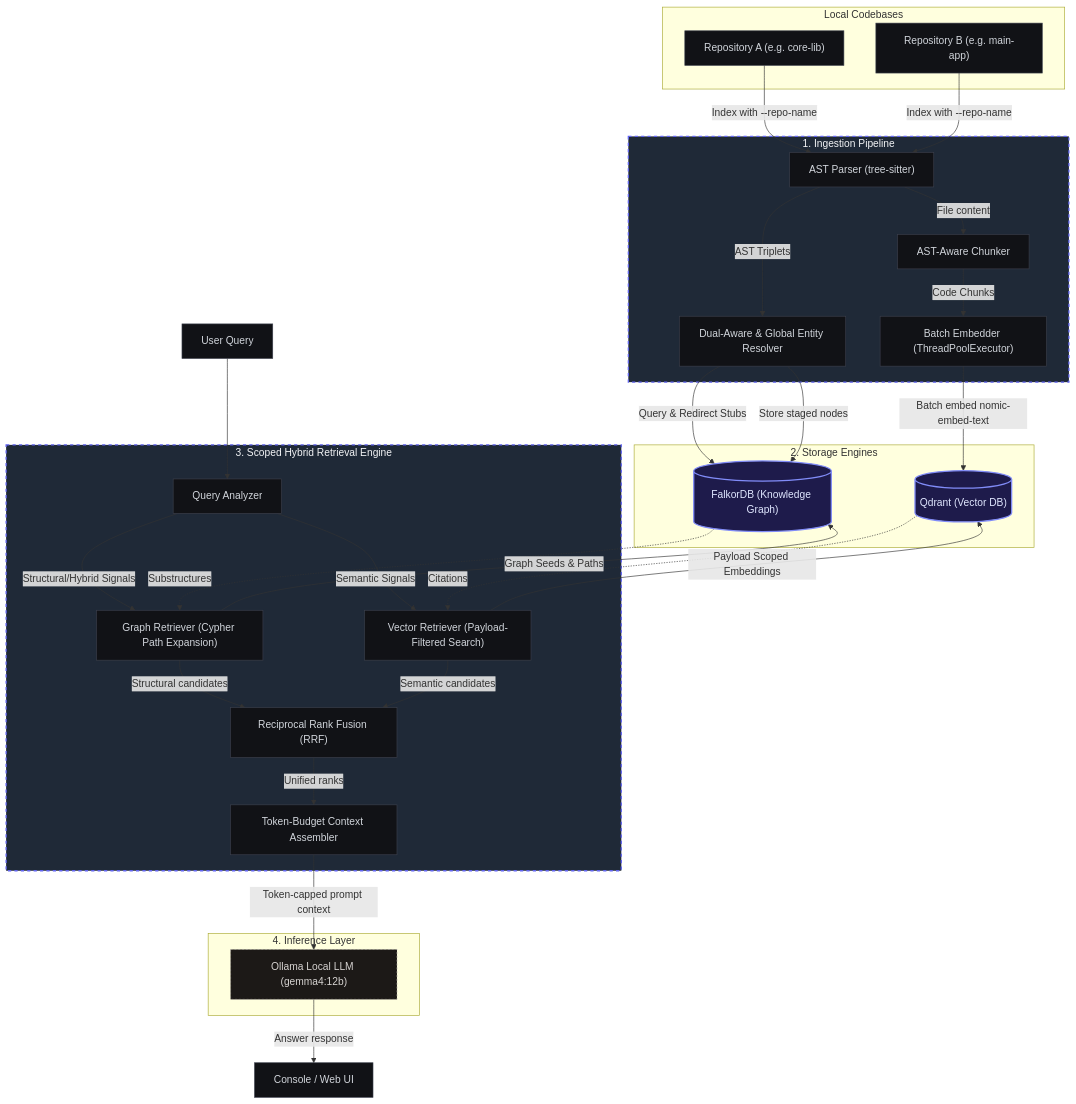
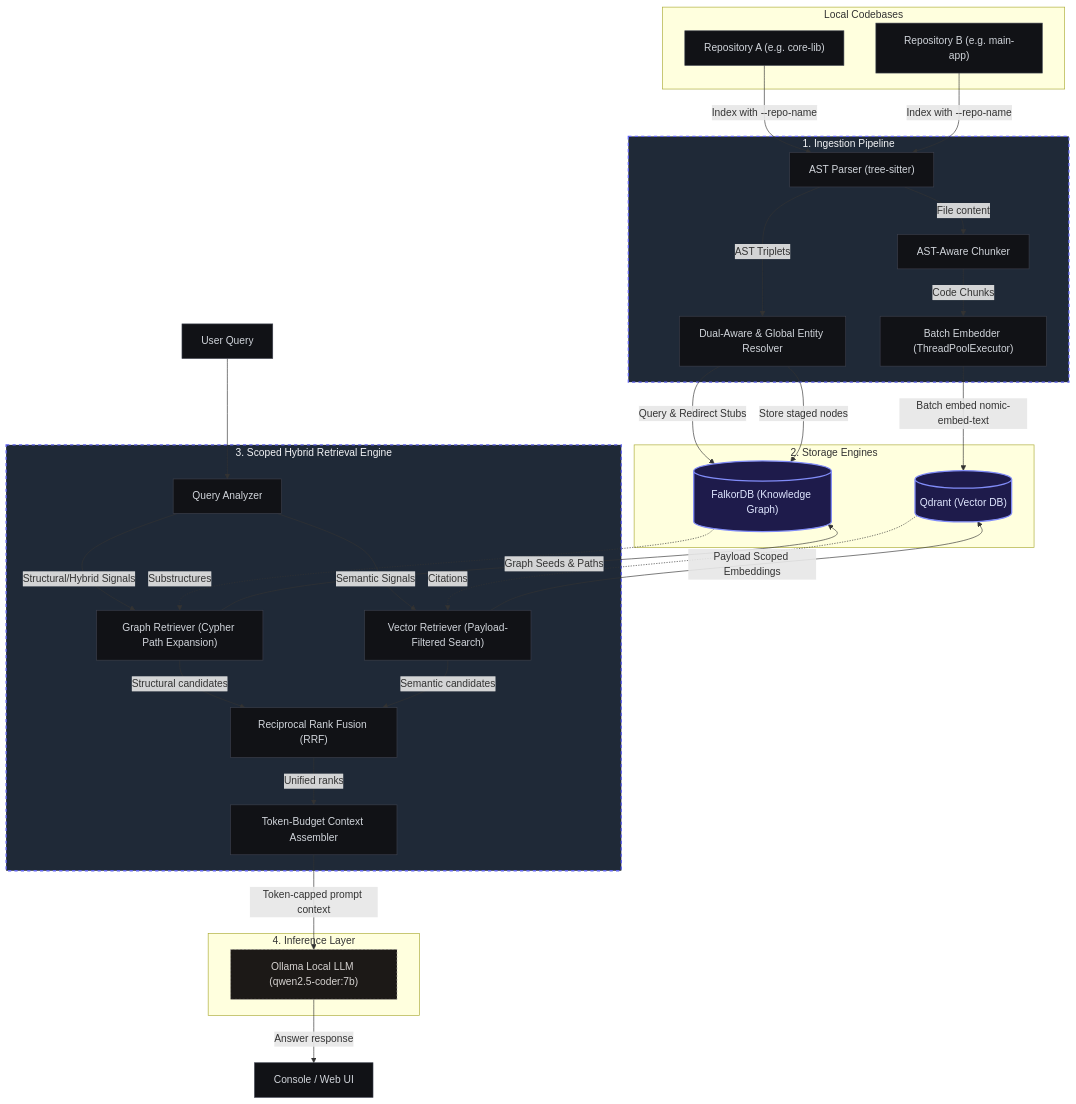
Before and after one commit to trantienduat/hybrid-RAG: the first of 3 diagrams in docs/architecture.md, drawn with Mermaid. The commit also changed other lines of this file and 3 other files, not shown here.

Commit message:
docs/eval: update remaining gemma4:12b references to qwen2.5-coder:7b

````diff
--- a/docs/architecture.md
+++ b/docs/architecture.md
@@ -13,69 +13,69 @@
 ```mermaid
 graph TD
     %% Styling
     classDef default fill:#111216,stroke:#3b3f4c,stroke-width:1px,color:#d1d5db;
     classDef component fill:#1f2937,stroke:#6366f1,stroke-dasharray: 5 5,stroke-width:2px,color:#f3f4f6;
     classDef storage fill:#1e1b4b,stroke:#818cf8,stroke-width:2px,color:#e0e7ff;
     classDef external fill:#1c1917,stroke:#a8a29e,stroke-dasharray: 3 3,color:#d6d3d1;
 
     subgraph UserRepo ["Local Codebases"]
         RepoA["Repository A (e.g. core-lib)"]
         RepoB["Repository B (e.g. main-app)"]
     end
 
     subgraph Ingestion ["1. Ingestion Pipeline"]
         Parser["AST Parser (tree-sitter)"]
         Resolver["Dual-Aware & Global Entity Resolver"]
         Chunker["AST-Aware Chunker"]
         Embedder["Batch Embedder (ThreadPoolExecutor)"]
     end
 
     subgraph Storage ["2. Storage Engines"]
         FalkorDB[("FalkorDB (Knowledge Graph)")];
         Qdrant[("Qdrant (Vector DB)")];
     end
 
     subgraph Retrieval ["3. Scoped Hybrid Retrieval Engine"]
         Analyzer["Query Analyzer"]
         GraphRetriever["Graph Retriever (Cypher Path Expansion)"]
         VectorRetriever["Vector Retriever (Payload-Filtered Search)"]
         RRF["Reciprocal Rank Fusion (RRF)"]
         Assembler["Token-Budget Context Assembler"]
     end
 
     subgraph Inference ["4. Inference Layer"]
-        OllamaLLM["Ollama Local LLM (gemma4:12b)"]
+        OllamaLLM["Ollama Local LLM (qwen2.5-coder:7b)"]
     end
 
     %% Flow links
     RepoA --> |Index with --repo-name| Parser
     RepoB --> |Index with --repo-name| Parser
     Parser --> |AST Triplets| Resolver
     Resolver --> |Query & Redirect Stubs| FalkorDB
     Resolver --> |Store staged nodes| FalkorDB
     Parser --> |File content| Chunker
     Chunker --> |Code Chunks| Embedder
     Embedder --> |Batch embed nomic-embed-text| Qdrant
     
     %% Retrieval flow
     UserQuery["User Query"] --> Analyzer
     Analyzer --> |Structural/Hybrid Signals| GraphRetriever
     Analyzer --> |Semantic Signals| VectorRetriever
     
     GraphRetriever --> |Graph Seeds & Paths| FalkorDB
     VectorRetriever --> |Payload Scoped Embeddings| Qdrant
     
     FalkorDB -.-> |Substructures| GraphRetriever
     Qdrant -.-> |Citations| VectorRetriever
     
     GraphRetriever --> |Structural candidates| RRF
     VectorRetriever --> |Semantic candidates| RRF
     
     RRF --> |Unified ranks| Assembler
     Assembler --> |Token-capped prompt context| OllamaLLM
     OllamaLLM --> |Answer response| Client["Console / Web UI"]
 
     class Ingestion,Retrieval component;
     class FalkorDB,Qdrant storage;
     class OllamaLLM external;
 ```
````
